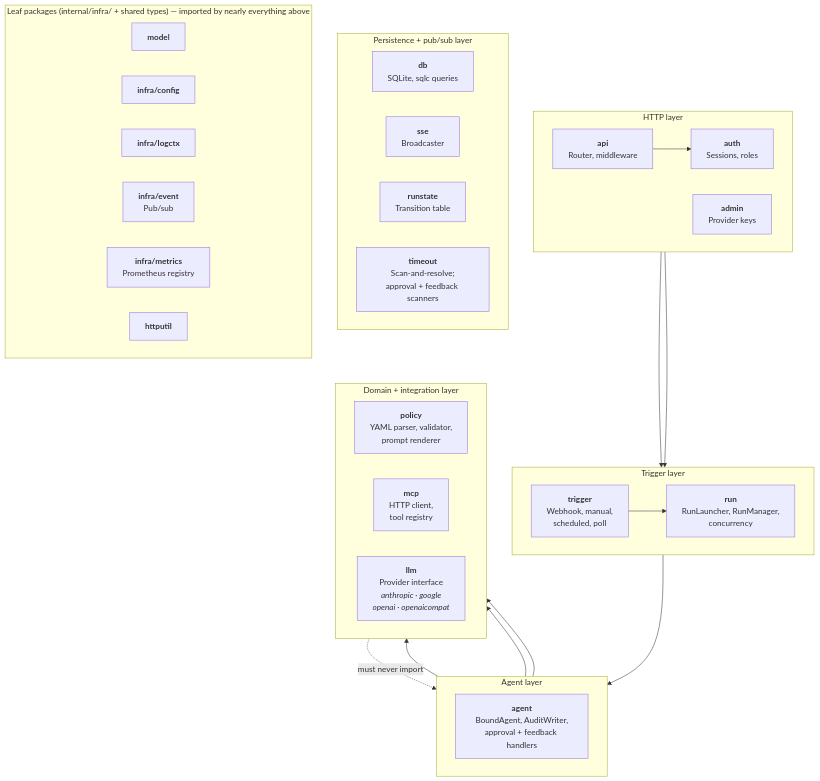
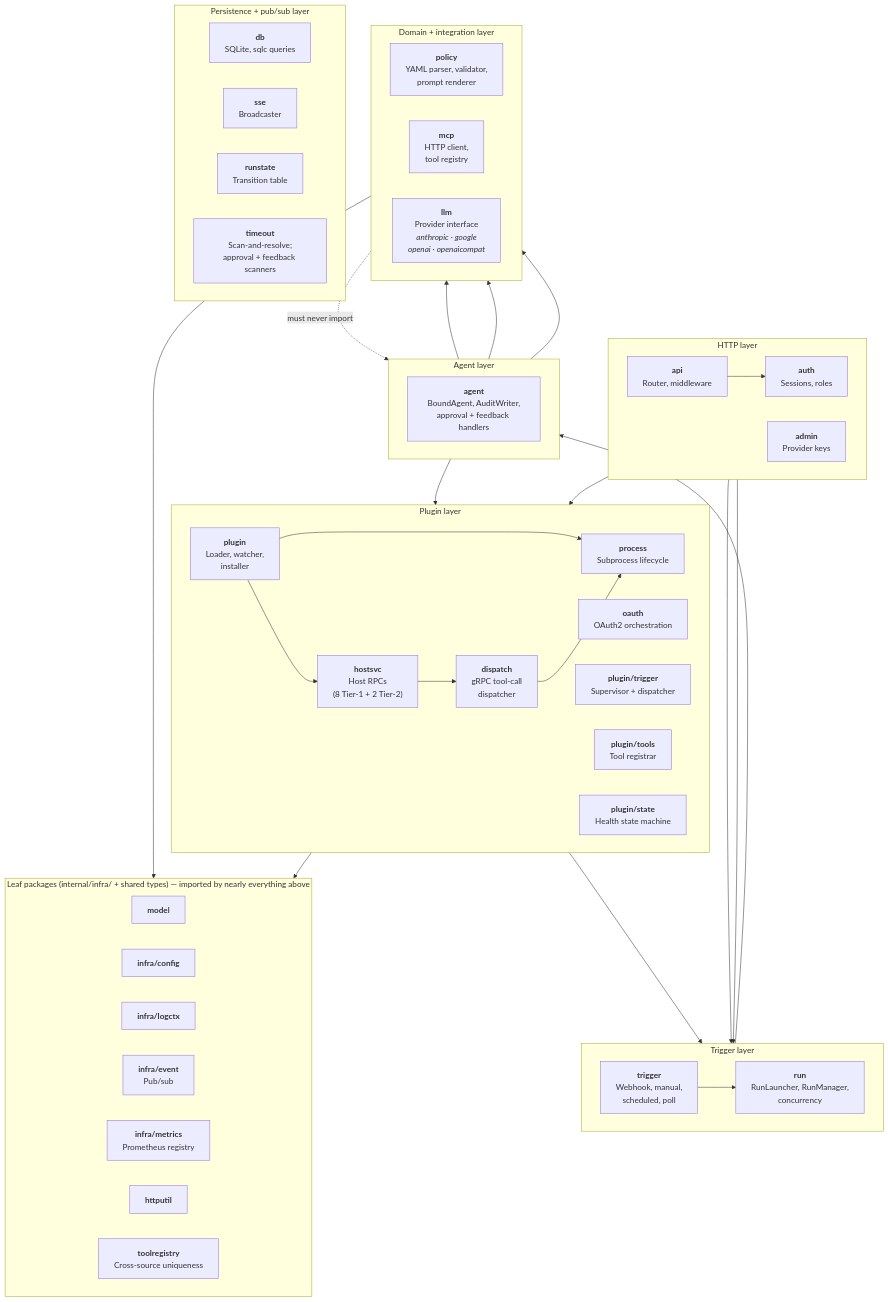
Before and after one commit to Felag-Engineering/gleipnir: the diagram in docs/developer/diagrams/package-dependencies.md, drawn with Mermaid. The commit also changed 491 other files, not shown here.

````diff
--- a/docs/developer/diagrams/package-dependencies.md
+++ b/docs/developer/diagrams/package-dependencies.md
@@ -5,59 +5,82 @@
 ```mermaid
 graph TD
     subgraph entrypoints["HTTP layer"]
         direction LR
         API["<b>api</b><br/>Router, middleware"]
         AUTH["<b>auth</b><br/>Sessions, roles"]
         ADMIN["<b>admin</b><br/>Provider keys"]
     end
 
     subgraph triggers["Trigger layer"]
         direction LR
         TRIGGER["<b>trigger</b><br/>Webhook, manual,<br/>scheduled, poll"]
         RUN["<b>run</b><br/>RunLauncher, RunManager,<br/>concurrency"]
+    end
+
+    subgraph plugins["Plugin layer"]
+        direction LR
+        PLUGIN["<b>plugin</b><br/>Loader, watcher,<br/>installer"]
+        HOSTSVC["<b>hostsvc</b><br/>Host RPCs<br/>(8 Tier-1 + 2 Tier-2)"]
+        DISPATCH["<b>dispatch</b><br/>gRPC tool-call<br/>dispatcher"]
+        PROCESS["<b>process</b><br/>Subprocess lifecycle"]
+        OAUTH["<b>oauth</b><br/>OAuth2 orchestration"]
+        PTRIGGER["<b>plugin/trigger</b><br/>Supervisor + dispatcher"]
+        PTOOLS["<b>plugin/tools</b><br/>Tool registrar"]
+        PSTATE["<b>plugin/state</b><br/>Health state machine"]
     end
 
     subgraph orchestration["Agent layer"]
         direction LR
         AGENT["<b>agent</b><br/>BoundAgent, AuditWriter,<br/>approval + feedback handlers"]
     end
 
     subgraph domain["Domain + integration layer"]
         direction LR
         POLICY["<b>policy</b><br/>YAML parser, validator,<br/>prompt renderer"]
         MCP["<b>mcp</b><br/>HTTP client,<br/>tool registry"]
         LLM["<b>llm</b><br/>Provider interface<br/><i>anthropic · google<br/>openai · openaicompat</i>"]
     end
 
     subgraph infra["Persistence + pub/sub layer"]
         direction LR
         DB["<b>db</b><br/>SQLite, sqlc queries"]
         SSE["<b>sse</b><br/>Broadcaster"]
         RUNSTATE["<b>runstate</b><br/>Transition table"]
         TIMEOUT["<b>timeout</b><br/>Scan-and-resolve;<br/>approval + feedback scanners"]
     end
 
     subgraph leaf["Leaf packages (internal/infra/ + shared types) — imported by nearly everything above"]
         direction LR
         MODEL["<b>model</b>"]
         CONFIG["<b>infra/config</b>"]
         LOGCTX["<b>infra/logctx</b>"]
         EVENT["<b>infra/event</b><br/>Pub/sub"]
         METRICS["<b>infra/metrics</b><br/>Prometheus registry"]
         HTTPUTIL["<b>httputil</b>"]
+        TOOLREG["<b>toolregistry</b><br/>Cross-source uniqueness"]
     end
 
     %% Primary relationships (top to bottom)
     API --> AUTH
     API --> TRIGGER
     API --> RUN
+    API --> PLUGIN
 
     TRIGGER --> RUN
     RUN --> AGENT
 
     AGENT --> LLM
     AGENT --> MCP
     AGENT --> POLICY
+    AGENT --> DISPATCH
 
     MCP -.->|"must never import"| AGENT
+
+    PLUGIN --> PROCESS
+    PLUGIN --> HOSTSVC
+    HOSTSVC --> DISPATCH
+    DISPATCH --> PROCESS
+    PTOOLS --> TOOLREG
+    MCP --> TOOLREG
+    PTRIGGER --> RUN
 ```
````
